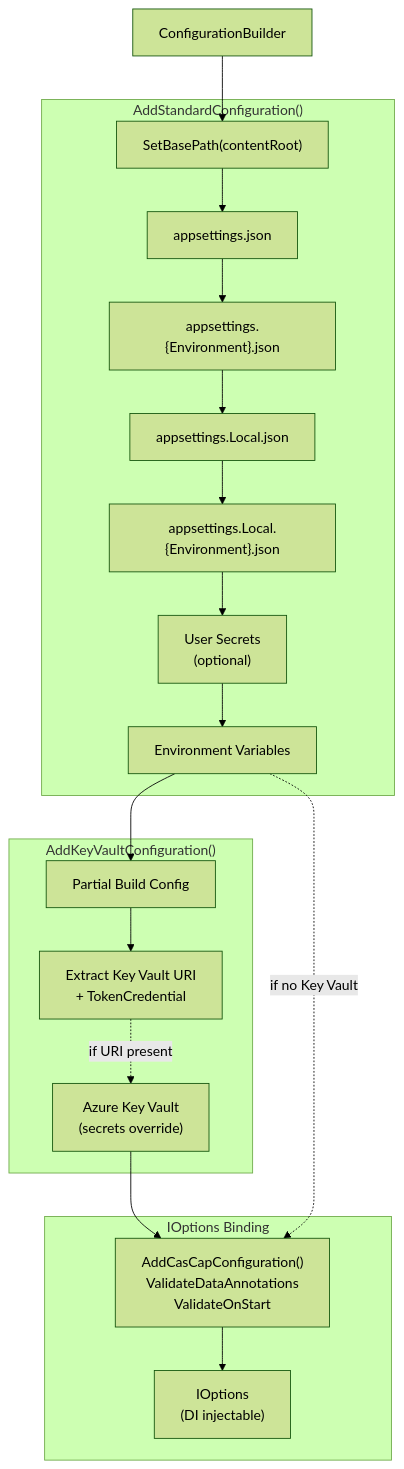
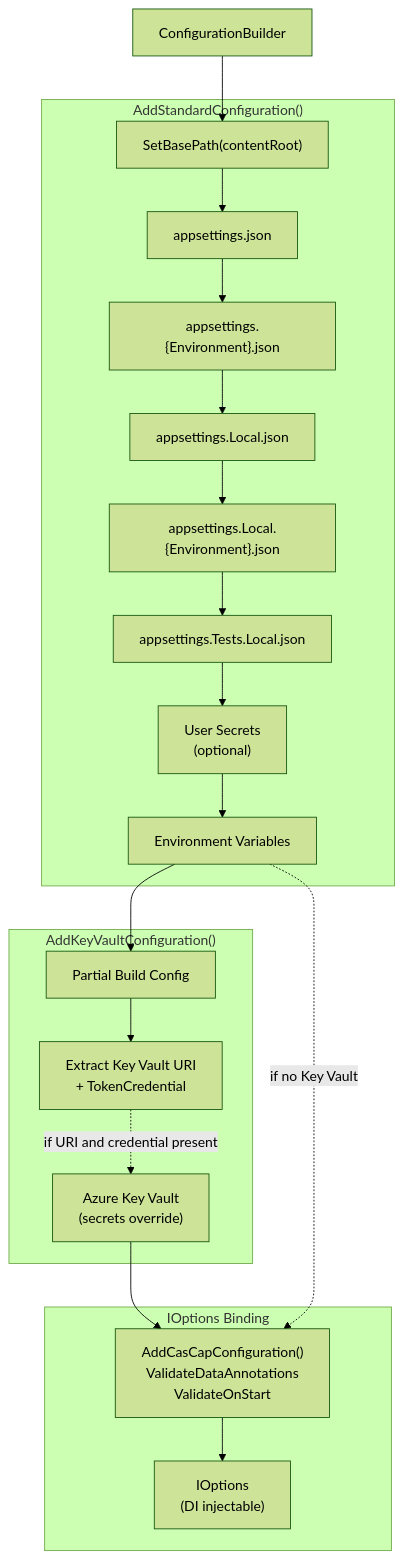
Before and after one commit to f2calv/CasCap.Common: the diagram in src/CasCap.Common.Configuration/README.md, drawn with Mermaid (forest theme). The commit also changed other lines of this file and 18 other files, not shown here.

````diff
--- a/src/CasCap.Common.Configuration/README.md
+++ b/src/CasCap.Common.Configuration/README.md
@@ -65,41 +104,43 @@
 ```mermaid
 flowchart TD
     START["ConfigurationBuilder"]
 
     subgraph StandardConfig["AddStandardConfiguration()"]
         BASE["SetBasePath(contentRoot)"]
         APPSETTINGS["appsettings.json"]
         ENV_FILE["appsettings.{Environment}.json"]
         LOCAL["appsettings.Local.json"]
         LOCAL_ENV["appsettings.Local.{Environment}.json"]
+        TEST_LOCAL["appsettings.Tests.Local.json"]
         SECRETS["User Secrets<br/>(optional)"]
         ENV_VARS["Environment Variables"]
     end
 
     subgraph KeyVaultConfig["AddKeyVaultConfiguration()"]
         PARTIAL["Partial Build Config"]
         EXTRACT["Extract Key Vault URI<br/>+ TokenCredential"]
         KV["Azure Key Vault<br/>(secrets override)"]
     end
 
     subgraph Binding["IOptions Binding"]
         VALIDATE["AddCasCapConfiguration<TConfig>()<br/>ValidateDataAnnotations<br/>ValidateOnStart"]
         OPTIONS["IOptions<TConfig><br/>(DI injectable)"]
     end
 
     START --> BASE
     BASE --> APPSETTINGS
     APPSETTINGS --> ENV_FILE
     ENV_FILE --> LOCAL
     LOCAL --> LOCAL_ENV
-    LOCAL_ENV --> SECRETS
+    LOCAL_ENV --> TEST_LOCAL
+    TEST_LOCAL --> SECRETS
     SECRETS --> ENV_VARS
 
     ENV_VARS --> PARTIAL
     PARTIAL --> EXTRACT
-    EXTRACT -."if URI present".-> KV
+    EXTRACT -."if URI and credential present".-> KV
 
     KV --> VALIDATE
     ENV_VARS -."if no Key Vault".-> VALIDATE
     VALIDATE --> OPTIONS
 ```
````
